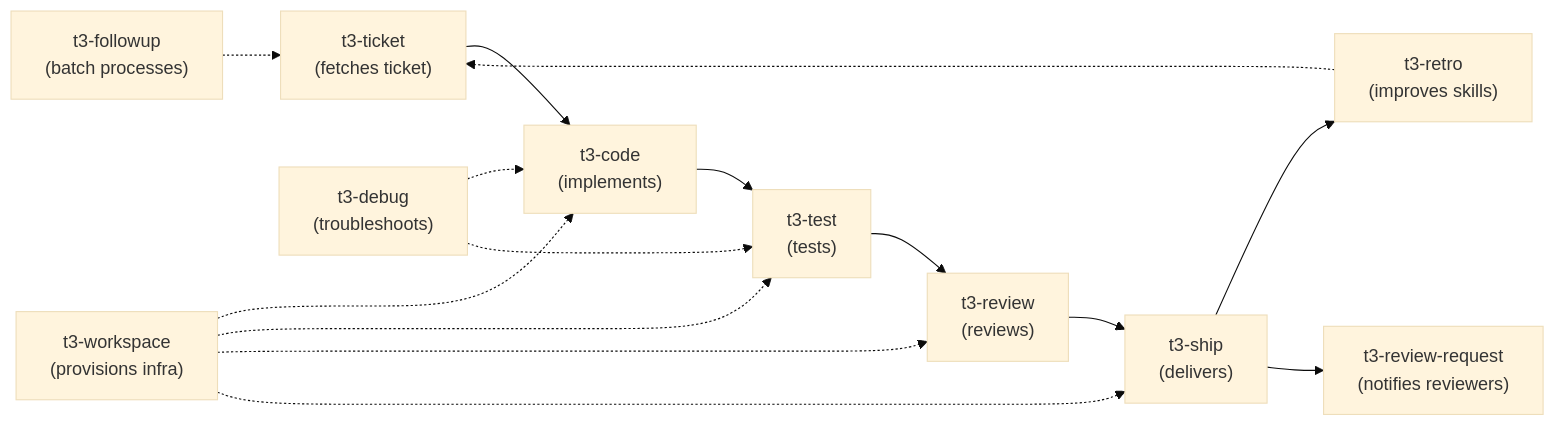
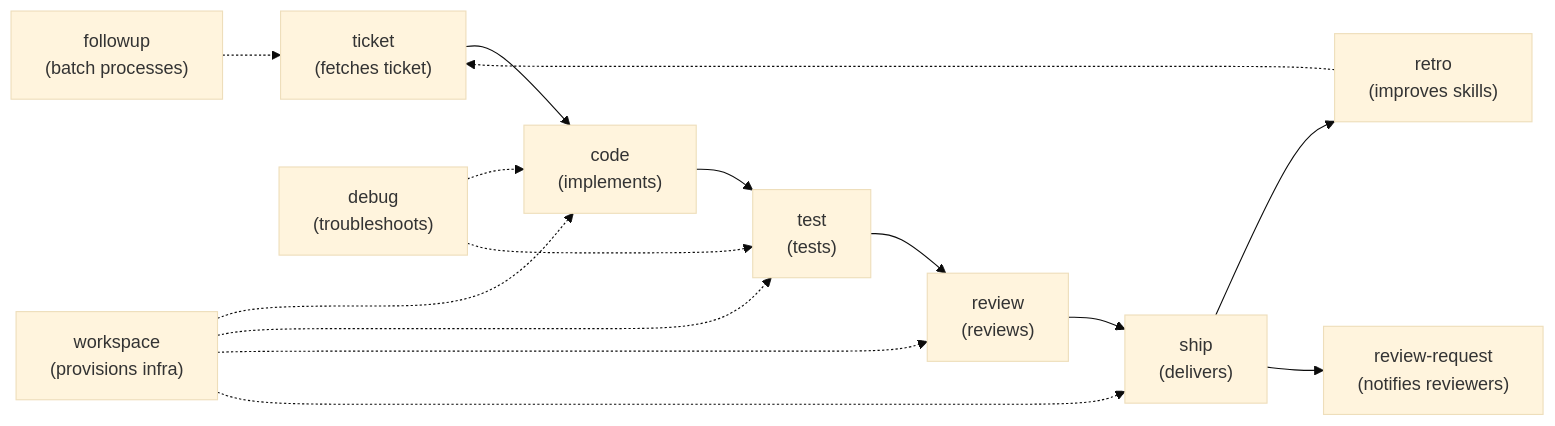
Before and after one commit to souliane/teatree: the diagram in README.md, drawn with Mermaid (base theme). The commit also changed other lines of this file and 111 other files, not shown here.

First line of the commit message:
feat: ship teatree as Claude Code plugin (closes #3)

````diff
--- a/README.md
+++ b/README.md
@@ -101,15 +101,15 @@
 ```mermaid
 graph LR
-  ticket["t3-ticket<br/>(fetches ticket)"] --> code["t3-code<br/>(implements)"]
-  code --> test["t3-test<br/>(tests)"]
-  test --> review["t3-review<br/>(reviews)"]
-  review --> ship["t3-ship<br/>(delivers)"]
-  ship --> retro["t3-retro<br/>(improves skills)"]
+  ticket["ticket<br/>(fetches ticket)"] --> code["code<br/>(implements)"]
+  code --> test["test<br/>(tests)"]
+  test --> review["review<br/>(reviews)"]
+  review --> ship["ship<br/>(delivers)"]
+  ship --> retro["retro<br/>(improves skills)"]
   retro -.-> ticket
 
-  ship --> rr["t3-review-request<br/>(notifies reviewers)"]
-  debug["t3-debug<br/>(troubleshoots)"] -.-> code
+  ship --> rr["review-request<br/>(notifies reviewers)"]
+  debug["debug<br/>(troubleshoots)"] -.-> code
   debug -.-> test
-  followup["t3-followup<br/>(batch processes)"] -.-> ticket
-  workspace["t3-workspace<br/>(provisions infra)"] -..-> code & test & review & ship
+  followup["followup<br/>(batch processes)"] -.-> ticket
+  workspace["workspace<br/>(provisions infra)"] -..-> code & test & review & ship
 ```
````
